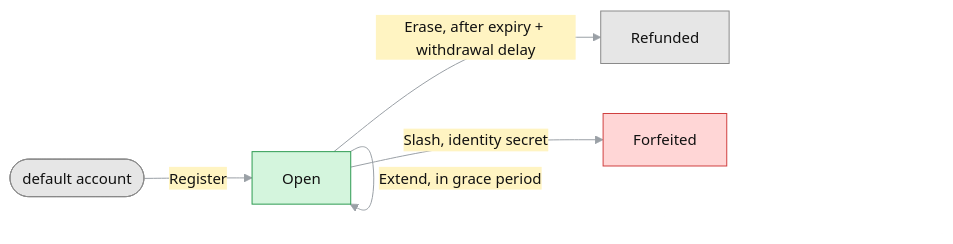
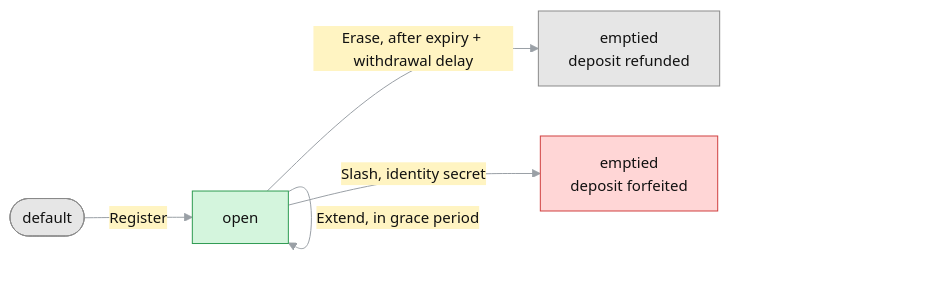
One commit to logos-co/logos-rln-membership-zone changed the third of 8 diagrams in docs/rfc-rln-membership-zone.md. Above: the diagram before and after it, drawn with Mermaid. The commit also changed other lines of this file, not shown here.

````diff
--- a/docs/rfc-rln-membership-zone.md
+++ b/docs/rfc-rln-membership-zone.md
@@ -319,15 +347,15 @@
 ```mermaid
 %%{init: {"theme": "base", "themeVariables": {"lineColor": "#9aa0a6", "primaryTextColor": "#111111", "edgeLabelBackground": "#fff4c2", "fontSize": "15px"}}}%%
 flowchart LR
-    NONE(["default account"]) -->|"Register"| OPEN["Open"]
+    NONE(["default"]) -->|"Register"| OPEN["open"]
     OPEN -->|"Extend, in grace period"| OPEN
-    OPEN -->|"Erase, after expiry + withdrawal delay"| REF["Refunded"]
-    OPEN -->|"Slash, identity secret"| FORF["Forfeited"]
+    OPEN -->|"Erase, after expiry + withdrawal delay"| REF["emptied<br/>deposit refunded"]
+    OPEN -->|"Slash, identity secret"| FORF["emptied<br/>deposit forfeited"]
 
     classDef live fill:#d4f5dd,stroke:#2e9b52,color:#111111
     classDef done fill:#e6e6e6,stroke:#8a8a8a,color:#111111
     classDef bad fill:#ffd6d6,stroke:#d04040,color:#111111
     class NONE,REF done
     class OPEN live
     class FORF bad
 ```
````
